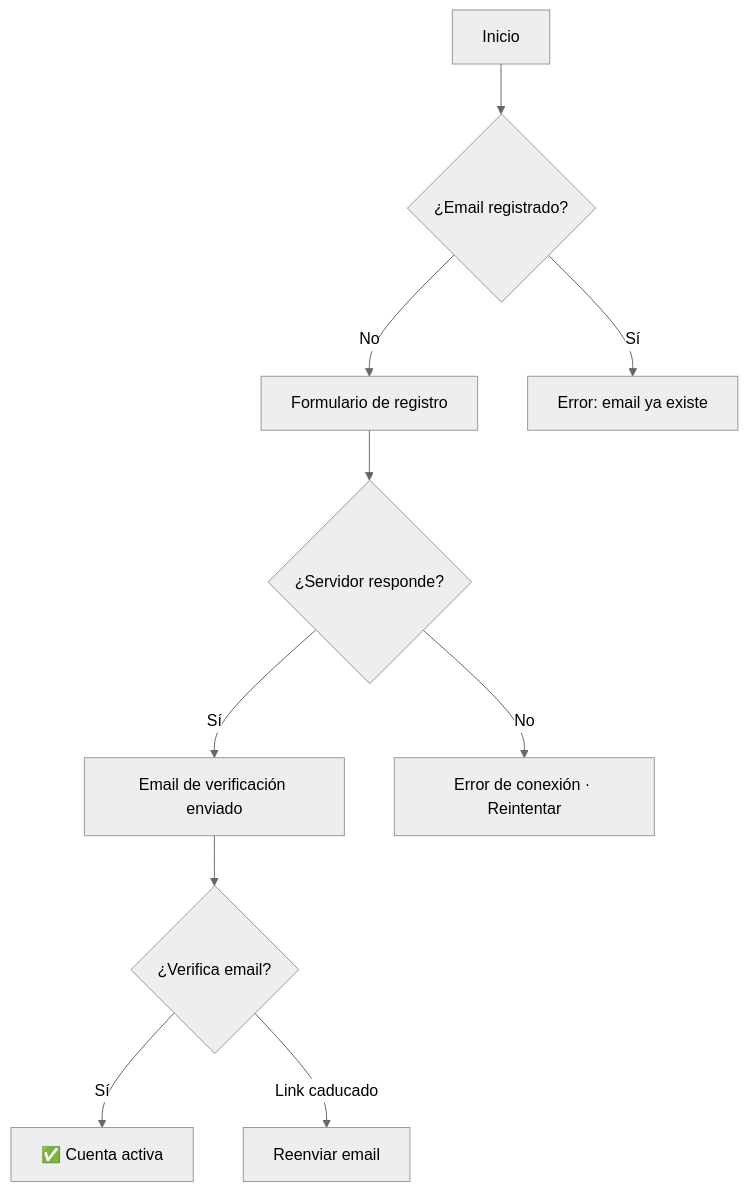
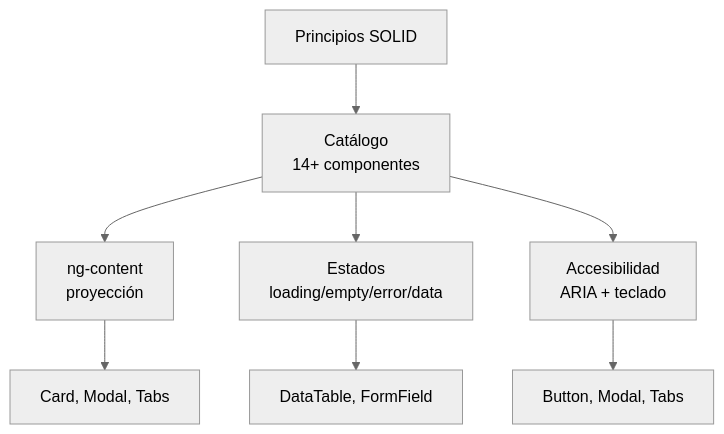
Before and after one commit to Jose-Quesada/presentacion-desarrollo-interfaces-26-27: the seventh of 7 diagrams in unidad-11.md, drawn with Mermaid (neutral theme). The commit also changed other lines of this file and 52 other files, not shown here.

````diff
--- a/unidad-11.md
+++ b/unidad-11.md
@@ -312,12 +749,10 @@
-<div class="mermaid">
-flowchart TD
-    A[Inicio] --> B{¿Email registrado?}
-    B -->|No| C[Formulario de registro]
-    B -->|Sí| D[Error: email ya existe]
-    C --> E{¿Servidor responde?}
-    E -->|Sí| F[Email de verificación enviado]
-    E -->|No| G[Error de conexión · Reintentar]
-    F --> H{¿Verifica email?}
-    H -->|Sí| I[✅ Cuenta activa]
-    H -->|Link caducado| J[Reenviar email]
-</div>
+```mermaid
+graph TD
+    A[Principios SOLID] --> B[Catálogo<br/>14+ componentes]
+    B --> C[ng-content<br/>proyección]
+    B --> D[Estados<br/>loading/empty/error/data]
+    B --> E[Accesibilidad<br/>ARIA + teclado]
+    C --> F[Card, Modal, Tabs]
+    D --> G[DataTable, FormField]
+    E --> H[Button, Modal, Tabs]
+```
````
